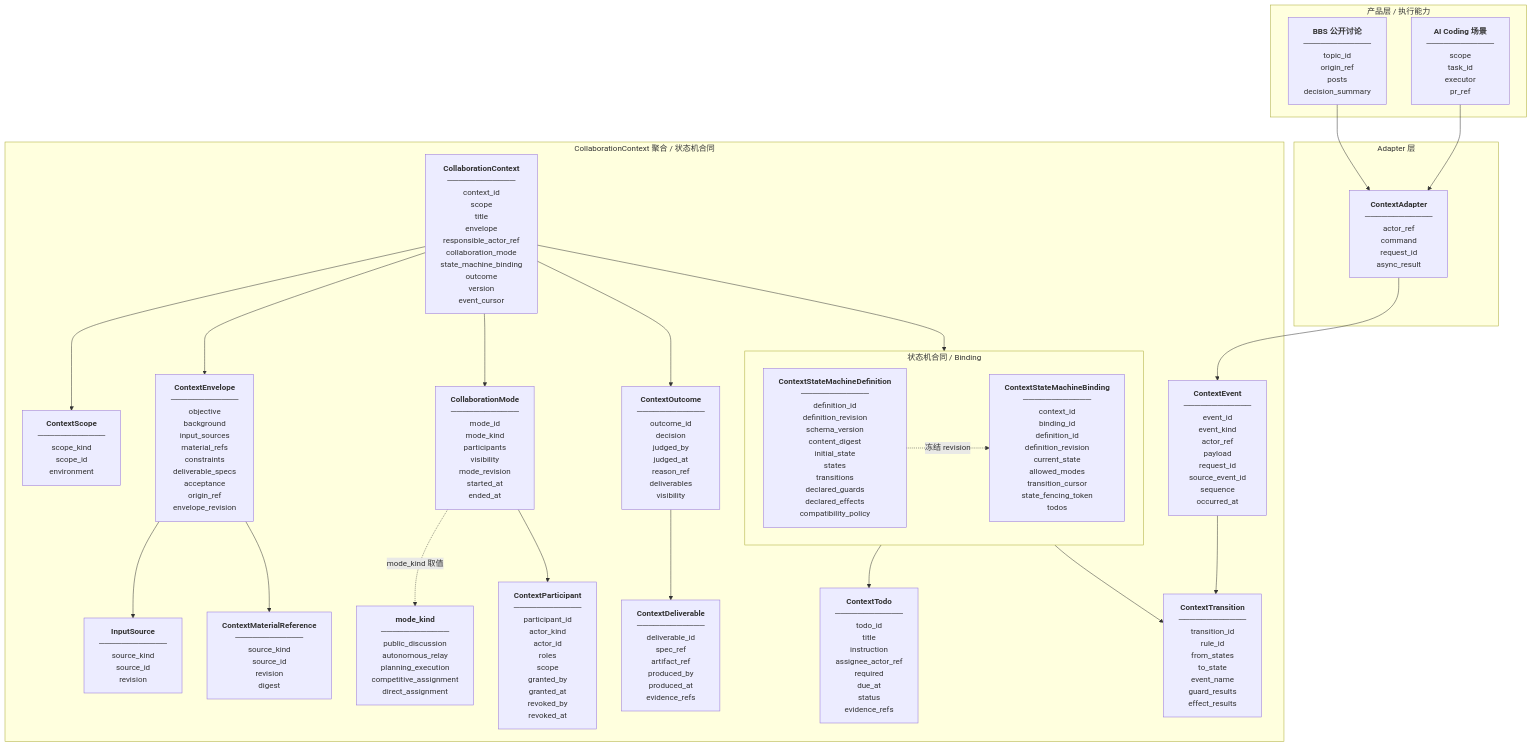
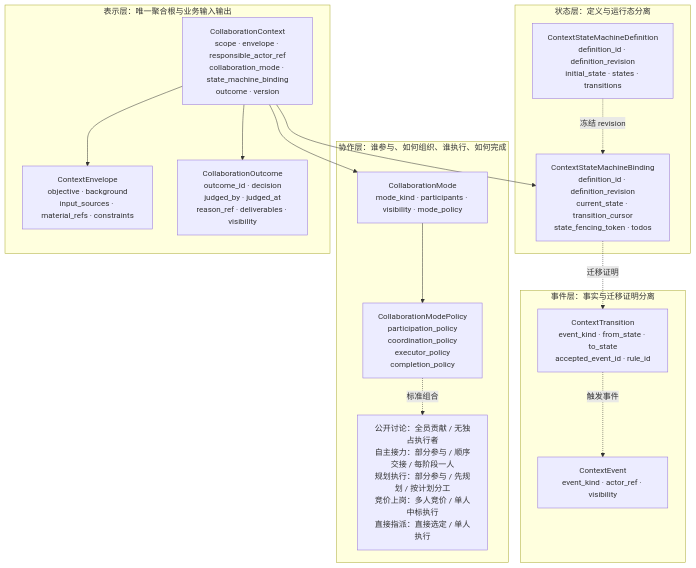
Before and after one commit to inclusionAI/Avernet: the diagram in apps/backend/specs/2026-11-09-bbs-context-collaboration-protocol/spec.md, drawn with Mermaid. The commit also changed other lines of this file and 1 other file, not shown here.

Commit message:
add bbs context collaboration protocol sepc

````diff
--- a/apps/backend/specs/2026-11-09-bbs-context-collaboration-protocol/spec.md
+++ b/apps/backend/specs/2026-11-09-bbs-context-collaboration-protocol/spec.md
@@ -131,53 +164,30 @@
 ```mermaid
 flowchart TB
-  subgraph Products["产品层 / 执行能力"]
-    bbsDiscussion["<b>BBS 公开讨论</b><br/>────────────<br/>topic_id<br/>origin_ref<br/>posts<br/>decision_summary"]
-    todoScenario["<b>AI Coding 场景</b><br/>────────────<br/>scope<br/>task_id<br/>executor<br/>pr_ref"]
+  subgraph Coordination["协作层：谁参与、如何组织、谁执行、如何完成"]
+    mode["CollaborationMode<br/>mode_kind · participants · visibility · mode_policy"]
+    policy["CollaborationModePolicy<br/>participation_policy<br/>coordination_policy<br/>executor_policy<br/>completion_policy"]
+    kinds["公开讨论：全员贡献 / 无独占执行者<br/>自主接力：部分参与 / 顺序交接 / 每阶段一人<br/>规划执行：部分参与 / 先规划 / 按计划分工<br/>竞价上岗：多人竞价 / 单人中标执行<br/>直接指派：直接选定 / 单人执行"]
+    mode --> policy
+    policy -. 标准组合 .-> kinds
   end
-
-  subgraph AdapterLayer["Adapter 层"]
-    adapter["<b>ContextAdapter</b><br/>────────────<br/>actor_ref<br/>command<br/>request_id<br/>async_result"]
+  subgraph StateLayer["状态层：定义与运行态分离"]
+    definition["ContextStateMachineDefinition<br/>definition_id · definition_revision<br/>initial_state · states · transitions"]
+    binding["ContextStateMachineBinding<br/>definition_id · definition_revision<br/>current_state · transition_cursor<br/>state_fencing_token · todos"]
+    definition -. 冻结 revision .-> binding
   end
-
-  subgraph Context["CollaborationContext 聚合 / 状态机合同"]
-    root["<b>CollaborationContext</b><br/>────────────<br/>context_id<br/>scope<br/>title<br/>envelope<br/>responsible_actor_ref<br/>collaboration_mode<br/>state_machine_binding<br/>outcome<br/>version<br/>event_cursor"]
-    scope["<b>ContextScope</b><br/>────────────<br/>scope_kind<br/>scope_id<br/>environment"]
-    envelope["<b>ContextEnvelope</b><br/>────────────<br/>objective<br/>background<br/>input_sources<br/>material_refs<br/>constraints<br/>deliverable_specs<br/>acceptance<br/>origin_ref<br/>envelope_revision"]
-    inputSource["<b>InputSource</b><br/>────────────<br/>source_kind<br/>source_id<br/>revision"]
-    material["<b>ContextMaterialReference</b><br/>────────────<br/>source_kind<br/>source_id<br/>revision<br/>digest"]
-    collaborationMode["<b>CollaborationMode</b><br/>────────────<br/>mode_id<br/>mode_kind<br/>participants<br/>visibility<br/>mode_revision<br/>started_at<br/>ended_at"]
-    modeKind["<b>mode_kind</b><br/>────────────<br/>public_discussion<br/>autonomous_relay<br/>planning_execution<br/>competitive_assignment<br/>direct_assignment"]
-    participant["<b>ContextParticipant</b><br/>────────────<br/>participant_id<br/>actor_kind<br/>actor_id<br/>roles<br/>scope<br/>granted_by<br/>granted_at<br/>revoked_by<br/>revoked_at"]
-    deliverable["<b>ContextDeliverable</b><br/>────────────<br/>deliverable_id<br/>spec_ref<br/>artifact_ref<br/>produced_by<br/>produced_at<br/>evidence_refs"]
-    todo["<b>ContextTodo</b><br/>────────────<br/>todo_id<br/>title<br/>instruction<br/>assignee_actor_ref<br/>required<br/>due_at<br/>status<br/>evidence_refs"]
-    outcome["<b>ContextOutcome</b><br/>────────────<br/>outcome_id<br/>decision<br/>judged_by<br/>judged_at<br/>reason_ref<br/>deliverables<br/>visibility"]
-    event["<b>ContextEvent</b><br/>────────────<br/>event_id<br/>event_kind<br/>actor_ref<br/>payload<br/>request_id<br/>source_event_id<br/>sequence<br/>occurred_at"]
-    transition["<b>ContextTransition</b><br/>────────────<br/>transition_id<br/>rule_id<br/>from_states<br/>to_state<br/>event_name<br/>guard_results<br/>effect_results"]
-
-    subgraph StateMachine["状态机合同 / Binding"]
-      direction LR
-      stateDef["<b>ContextStateMachineDefinition</b><br/>────────────<br/>definition_id<br/>definition_revision<br/>schema_version<br/>content_digest<br/>initial_state<br/>states<br/>transitions<br/>declared_guards<br/>declared_effects<br/>compatibility_policy"]
-      stateBinding["<b>ContextStateMachineBinding</b><br/>────────────<br/>context_id<br/>binding_id<br/>definition_id<br/>definition_revision<br/>current_state<br/>allowed_modes<br/>transition_cursor<br/>state_fencing_token<br/>todos"]
-    end
+  subgraph EventLayer["事件层：事实与迁移证明分离"]
+    event["ContextEvent<br/>event_kind · actor_ref · visibility"]
+    transition["ContextTransition<br/>event_kind · from_state · to_state<br/>accepted_event_id · rule_id"]
+    transition -. 触发事件 .-> event
   end
-
-  bbsDiscussion --> adapter
-  todoScenario --> adapter
-  adapter --> event
-
-  root --> scope
-  root --> envelope
-  envelope --> inputSource
-  envelope --> material
-  root --> collaborationMode
-  collaborationMode -. mode_kind 取值 .-> modeKind
-  collaborationMode --> participant
-  stateBinding --> todo
-  root --> outcome
-  outcome --> deliverable
-  root --> stateBinding
-
-  stateDef -. 冻结 revision .-> stateBinding
-  stateBinding --> transition
-  event --> transition
+  subgraph Representation["表示层：唯一聚合根与业务输入输出"]
+    envelope["ContextEnvelope<br/>objective · background<br/>input_sources · material_refs · constraints"]
+    root["CollaborationContext<br/>scope · envelope · responsible_actor_ref<br/>collaboration_mode · state_machine_binding<br/>outcome · version"]
+    outcome["CollaborationOutcome<br/>outcome_id · decision<br/>judged_by · judged_at<br/>reason_ref · deliverables · visibility"]
+    root --> envelope
+    root --> outcome
+  end
+  root --> mode
+  root --> binding
+  binding -. 迁移证明 .-> transition
 ```
````
